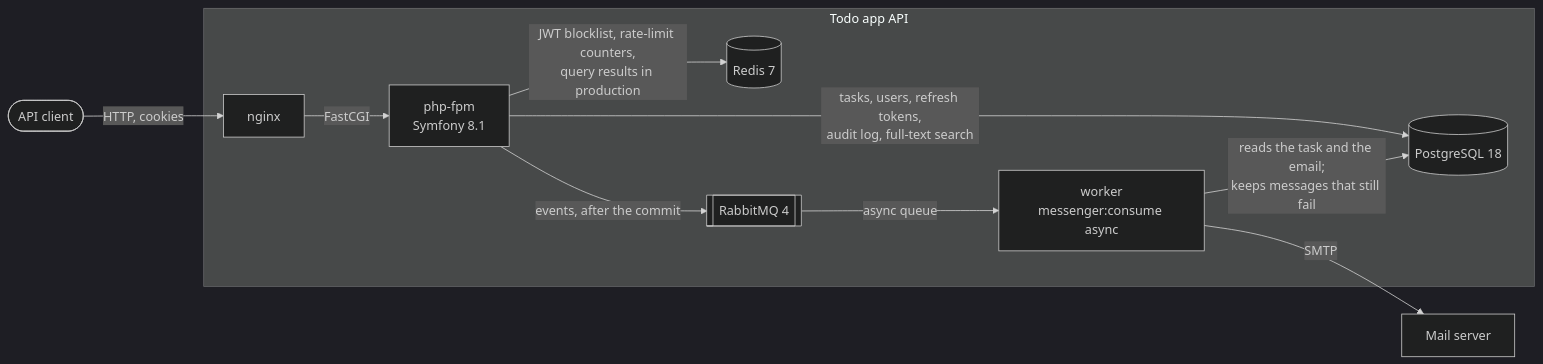
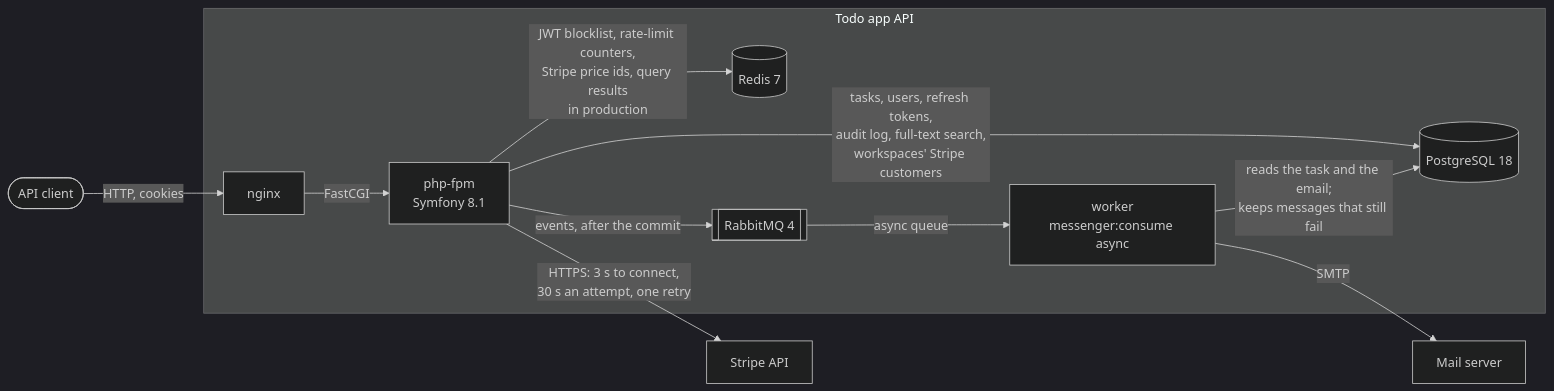
The second of 6 diagrams in docs/architecture.md (NikitaSomik/symfony-todo-app), drawn with Mermaid (dark theme) before and after one commit. The commit also changed other lines of this file and 51 other files, not shown here.

````diff
--- a/docs/architecture.md
+++ b/docs/architecture.md
@@ -32,24 +38,26 @@
 ```mermaid
 flowchart LR
     client([API client])
 
     subgraph system [Todo app API]
         nginx[nginx]
         app[php-fpm<br/>Symfony 8.1]
         worker[worker<br/>messenger:consume async]
         db[(PostgreSQL 18)]
         redis[(Redis 7)]
         mq[[RabbitMQ 4]]
     end
 
     mail[Mail server]
+    stripe[Stripe API]
 
     client -->|HTTP, cookies| nginx
     nginx -->|FastCGI| app
-    app -->|tasks, users, refresh tokens,<br/>audit log, full-text search| db
-    app -->|JWT blocklist, rate-limit counters,<br/>query results in production| redis
+    app -->|tasks, users, refresh tokens,<br/>audit log, full-text search,<br/>workspaces' Stripe customers| db
+    app -->|JWT blocklist, rate-limit counters,<br/>Stripe price ids, query results<br/>in production| redis
     app -->|events, after the commit| mq
     mq -->|async queue| worker
     worker -->|reads the task and the email;<br/>keeps messages that still fail| db
     worker -->|SMTP| mail
+    app -->|HTTPS: 3 s to connect,<br/>30 s an attempt, one retry| stripe
 ```
````
